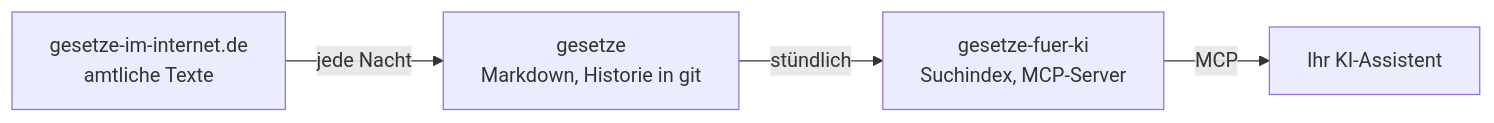
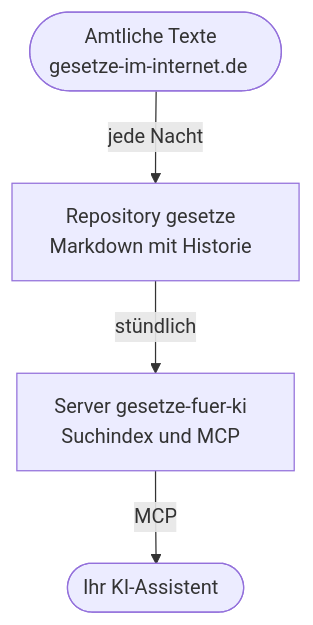
The diagram in profile/README.md (Gesetze-fuer-KI/.github), drawn with Mermaid before and after one commit.

Commit message:
Profile: vertical Mermaid diagram with room for its labels
Claude-Session: https://claude.ai/code/session_01E4TpHAtbrTtui4fCBEf16R

````diff
--- a/profile/README.md
+++ b/profile/README.md
@@ -31,6 +31,8 @@
 ```mermaid
-flowchart LR
-    A["gesetze-im-internet.de<br/>amtliche Texte"] -- jede Nacht --> B["gesetze<br/>Markdown, Historie in git"]
-    B -- stündlich --> C["gesetze-fuer-ki<br/>Suchindex, MCP-Server"]
-    C -- MCP --> D["Ihr KI-Assistent"]
+flowchart TB
+    A(["Amtliche Texte&nbsp;&nbsp;<br/>gesetze-im-internet.de&nbsp;&nbsp;&nbsp;"])
+    B["Repository gesetze&nbsp;&nbsp;<br/>Markdown mit Historie&nbsp;&nbsp;"]
+    C["Server gesetze-fuer-ki&nbsp;&nbsp;<br/>Suchindex und MCP&nbsp;&nbsp;"]
+    D(["Ihr KI-Assistent&nbsp;&nbsp;"])
+    A -->|jede Nacht| B -->|stündlich| C -->|MCP| D
 ```
````
